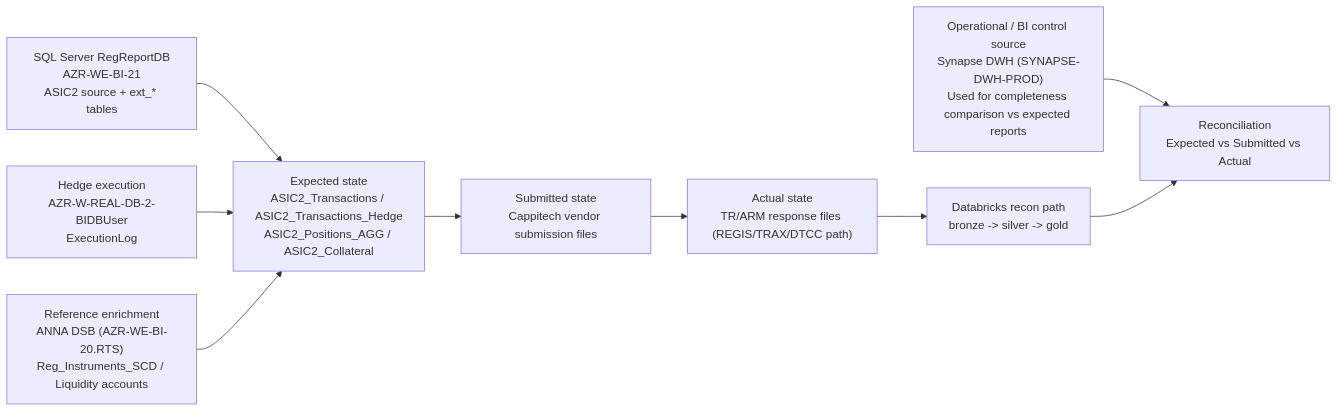
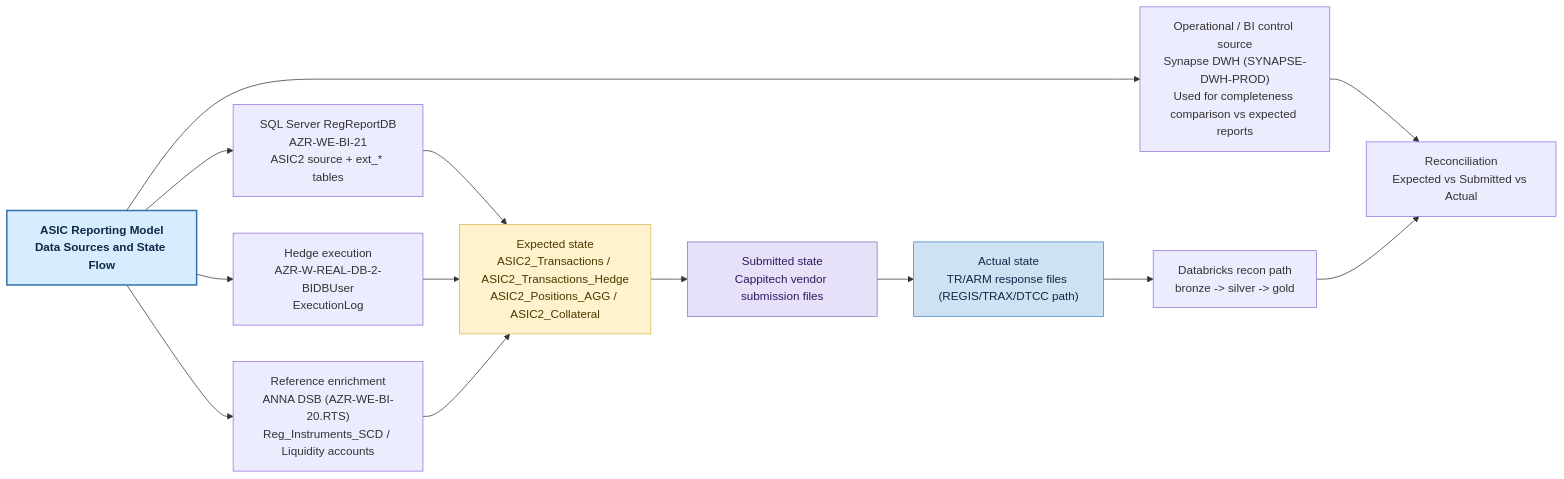
Before and after one commit to valentinosko-hub/RegTech: the diagram in docs/reporting-model-asic-data-sources.mmd, drawn with Mermaid. The commit also changed 15 other files, not shown here.

Commit message:
Style per-model diagrams with title and state colors

```diff
--- a/docs/reporting-model-asic-data-sources.mmd
+++ b/docs/reporting-model-asic-data-sources.mmd
@@ -1,17 +1,33 @@
 flowchart LR
+  TITLE["ASIC Reporting Model<br/>Data Sources and State Flow"]
   SRC1["Operational / BI control source<br/>Synapse DWH (SYNAPSE-DWH-PROD)<br/>Used for completeness comparison vs expected reports"]
   SRC2["SQL Server RegReportDB<br/>AZR-WE-BI-21<br/>ASIC2 source + ext_* tables"]
   SRC3["Hedge execution<br/>AZR-W-REAL-DB-2-BIDBUser<br/>ExecutionLog"]
   SRC4["Reference enrichment<br/>ANNA DSB (AZR-WE-BI-20.RTS)<br/>Reg_Instruments_SCD / Liquidity accounts"]
 
   EXP["Expected state<br/>ASIC2_Transactions / ASIC2_Transactions_Hedge<br/>ASIC2_Positions_AGG / ASIC2_Collateral"]
   SUB["Submitted state<br/>Cappitech vendor submission files"]
   ACT["Actual state<br/>TR/ARM response files (REGIS/TRAX/DTCC path)"]
   DBX["Databricks recon path<br/>bronze -> silver -> gold"]
   REC["Reconciliation<br/>Expected vs Submitted vs Actual"]
 
+  TITLE --> SRC1
+  TITLE --> SRC2
+  TITLE --> SRC3
+  TITLE --> SRC4
+
   SRC1 --> REC
   SRC2 --> EXP
   SRC3 --> EXP
   SRC4 --> EXP
   EXP --> SUB --> ACT --> DBX --> REC
+
+  classDef title fill:#d8ecff,stroke:#2f6fab,stroke-width:2px,color:#0e2a47,font-weight:bold;
+  classDef expected fill:#fff2cc,stroke:#d6b656,color:#4a3900;
+  classDef submitted fill:#e6e0f8,stroke:#7f70bf,color:#2f1a5f;
+  classDef actual fill:#cfe2f3,stroke:#3d85c6,color:#0e2a47;
+
+  class TITLE title;
+  class EXP expected;
+  class SUB submitted;
+  class ACT actual;
```
